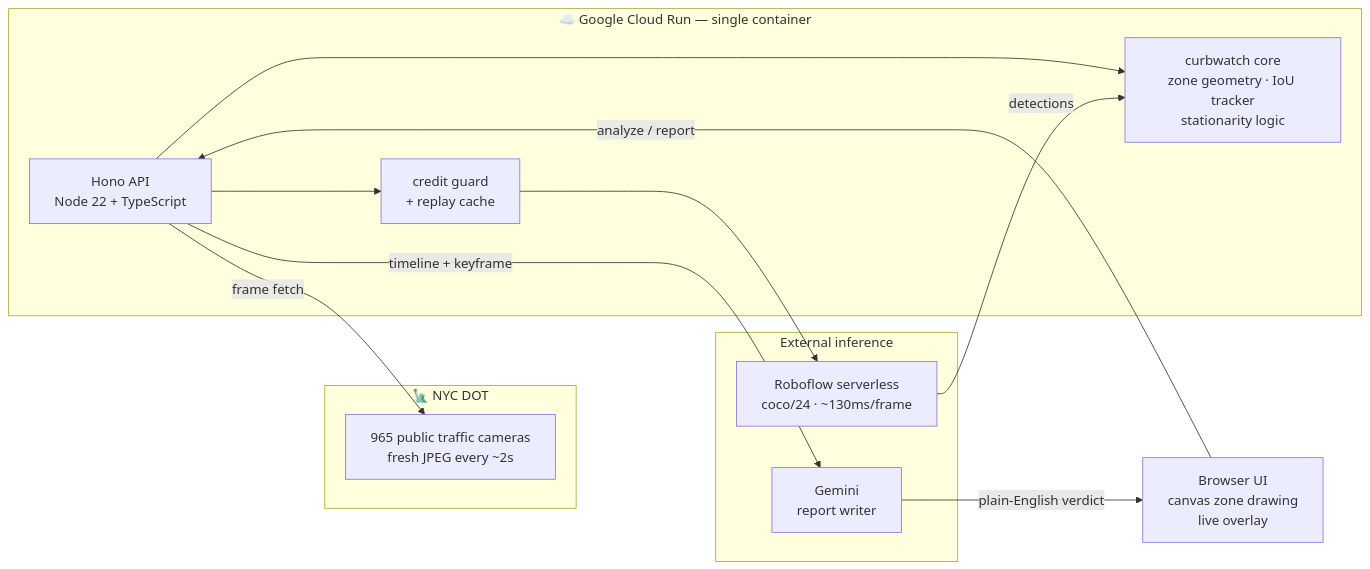
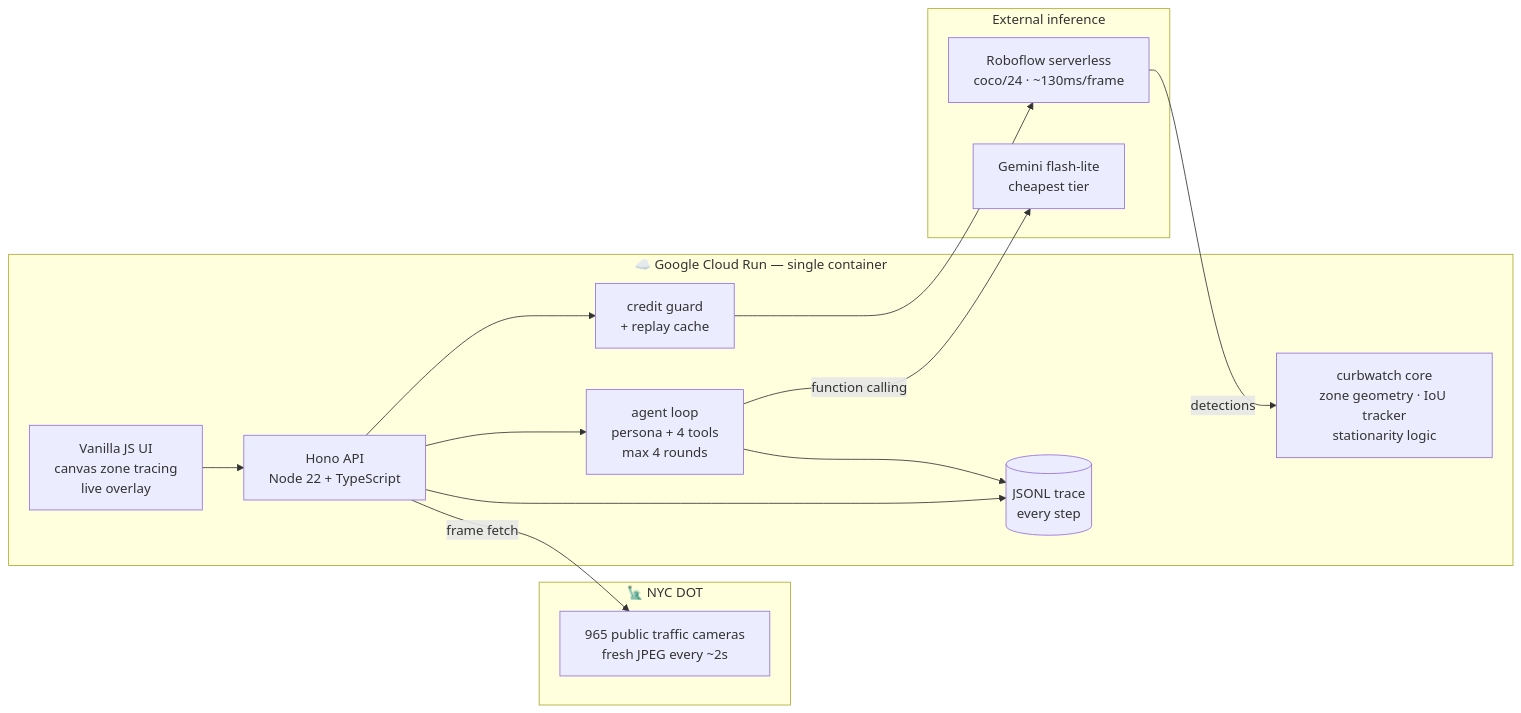
Before and after one commit to roshaninfordham/NYC-Vision-Hack-2026: the first of 2 diagrams in README.md, drawn with Mermaid. The commit also changed other lines of this file and 1 other file, not shown here.

Commit message:
docs: final README — agent tools table, live screenshots, honest caveats; favicon

````diff
--- a/README.md
+++ b/README.md
@@ -27,25 +38,28 @@
 ```mermaid
 flowchart LR
     subgraph NYC["🗽 NYC DOT"]
         CAM[965 public traffic cameras<br/>fresh JPEG every ~2s]
     end
 
     subgraph CR["☁️ Google Cloud Run — single container"]
+        UIF[Vanilla JS UI<br/>canvas zone tracing<br/>live overlay]
         API[Hono API<br/>Node 22 + TypeScript]
         CORE["curbwatch core<br/>zone geometry · IoU tracker<br/>stationarity logic"]
+        AGENT["agent loop<br/>persona + 4 tools<br/>max 4 rounds"]
+        TRACE[("JSONL trace<br/>every step")]
         GUARD[credit guard<br/>+ replay cache]
     end
 
     subgraph EXT["External inference"]
         RF[Roboflow serverless<br/>coco/24 · ~130ms/frame]
-        GEM[Gemini<br/>report writer]
+        GEM[Gemini flash-lite<br/>cheapest tier]
     end
 
-    UI[Browser UI<br/>canvas zone drawing<br/>live overlay] -->|analyze / report| API
+    UIF --> API
     API -->|frame fetch| CAM
     API --> GUARD --> RF
-    API --> CORE
-    API -->|timeline + keyframe| GEM
     RF -->|detections| CORE
-    GEM -->|plain-English verdict| UI
+    API --> AGENT -->|function calling| GEM
+    AGENT --> TRACE
+    API --> TRACE
 ```
````
